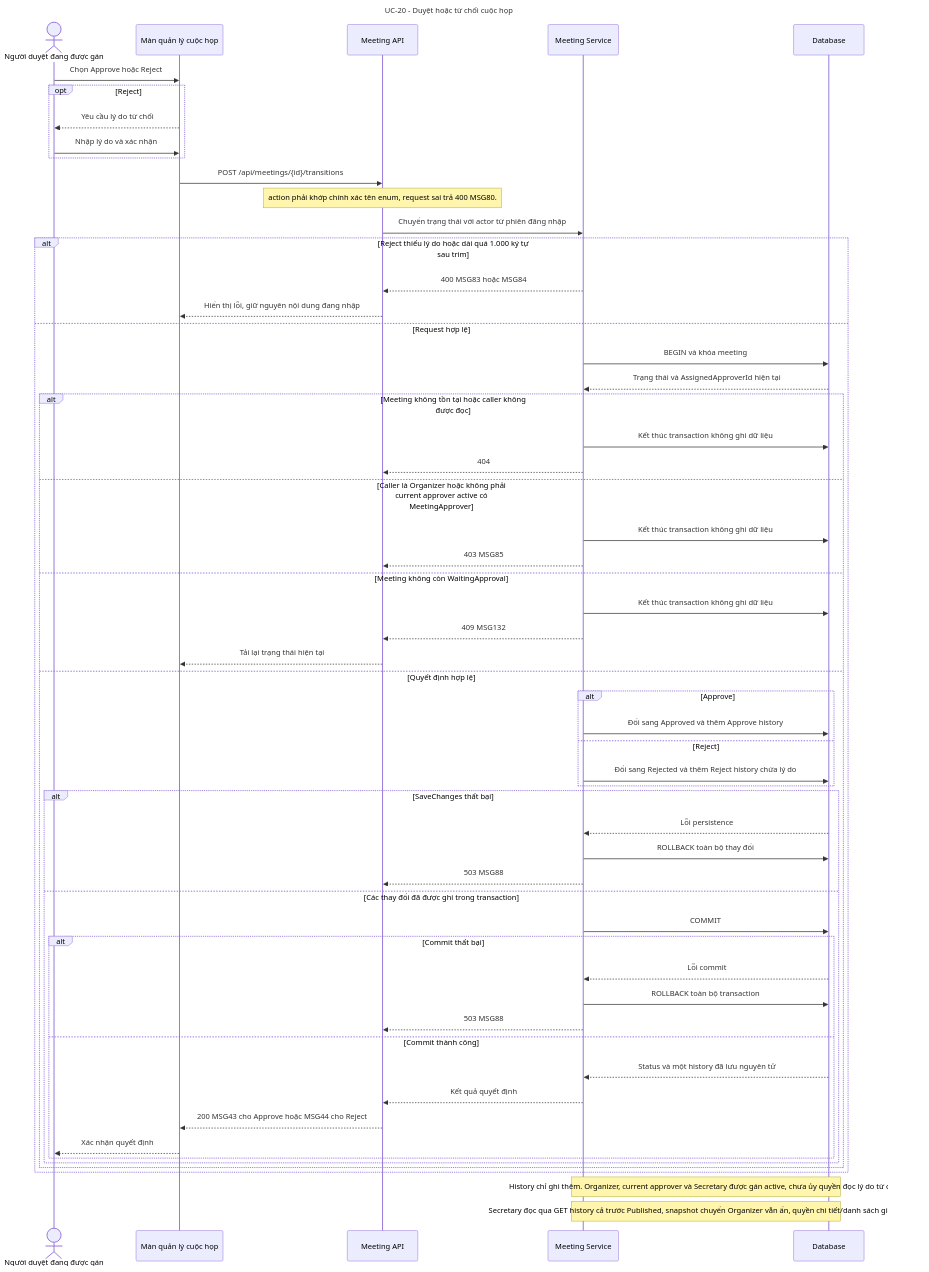
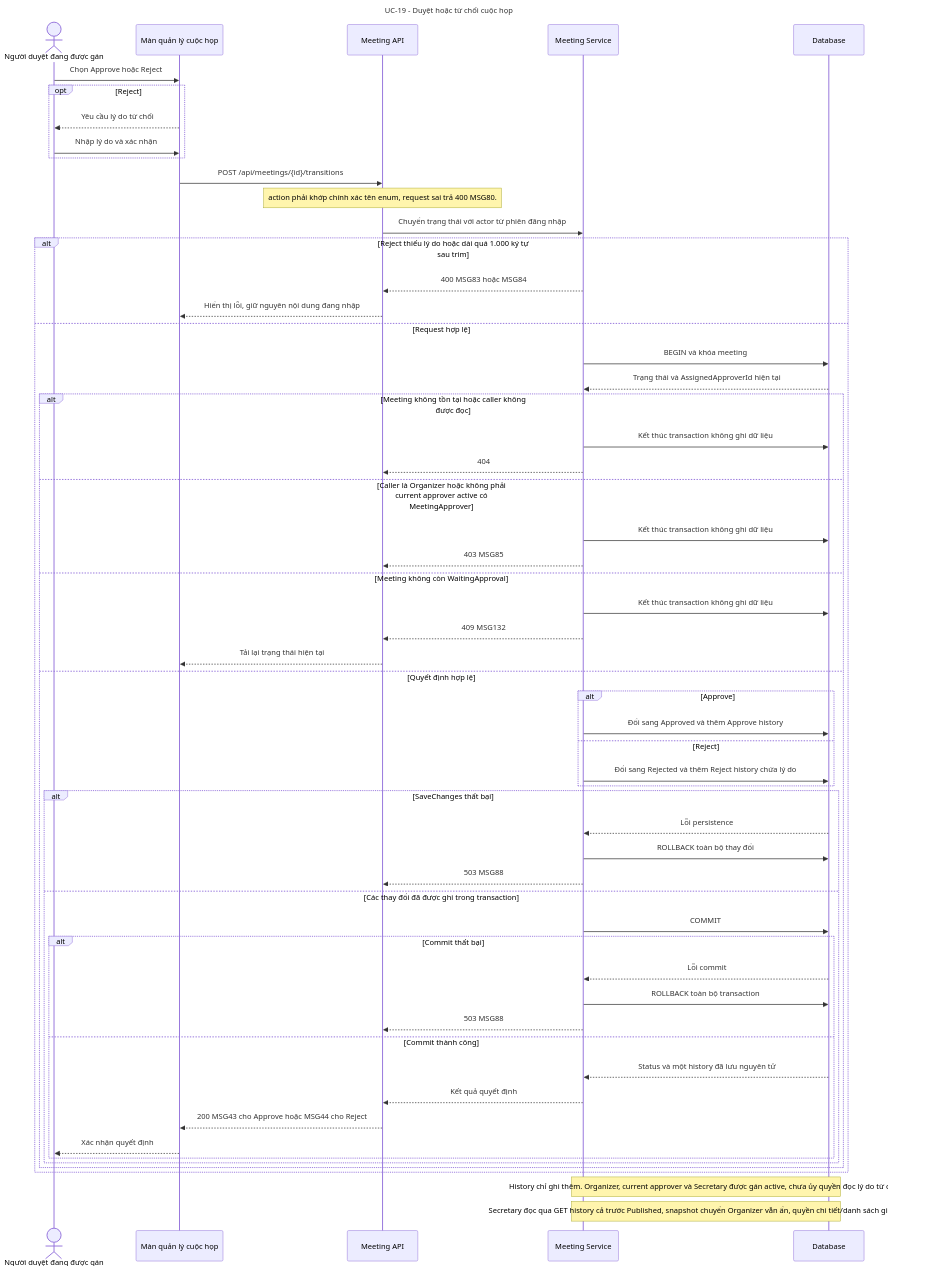
The diagram in docs/assets/diagrams/meeting-management/ReviewMeetingApproval.mmd (callmehai/FU-FA26-G116), drawn with Mermaid before and after one commit. The commit also changed 244 other files, not shown here.

```diff
--- a/docs/assets/diagrams/meeting-management/ReviewMeetingApproval.mmd
+++ b/docs/assets/diagrams/meeting-management/ReviewMeetingApproval.mmd
@@ -1,61 +1,61 @@
 sequenceDiagram
-    title UC-20 - Duyệt hoặc từ chối cuộc họp
+    title UC-19 - Duyệt hoặc từ chối cuộc họp
     actor Approver as Người duyệt đang được gán
     participant Page as Màn quản lý cuộc họp
     participant API as Meeting API
     participant Service as Meeting Service
     participant DB as Database
 
     Approver->>Page: Chọn Approve hoặc Reject
     opt Reject
         Page-->>Approver: Yêu cầu lý do từ chối
         Approver->>Page: Nhập lý do và xác nhận
     end
     Page->>API: POST /api/meetings/{id}/transitions
     Note over API: action phải khớp chính xác tên enum, request sai trả 400 MSG80.
     API->>Service: Chuyển trạng thái với actor từ phiên đăng nhập
 
     alt Reject thiếu lý do hoặc dài quá 1.000 ký tự sau trim
         Service-->>API: 400 MSG83 hoặc MSG84
         API-->>Page: Hiển thị lỗi, giữ nguyên nội dung đang nhập
     else Request hợp lệ
         Service->>DB: BEGIN và khóa meeting
         DB-->>Service: Trạng thái và AssignedApproverId hiện tại
         alt Meeting không tồn tại hoặc caller không được đọc
             Service->>DB: Kết thúc transaction không ghi dữ liệu
             Service-->>API: 404
         else Caller là Organizer hoặc không phải current approver active có MeetingApprover
             Service->>DB: Kết thúc transaction không ghi dữ liệu
             Service-->>API: 403 MSG85
         else Meeting không còn WaitingApproval
             Service->>DB: Kết thúc transaction không ghi dữ liệu
             Service-->>API: 409 MSG132
             API-->>Page: Tải lại trạng thái hiện tại
         else Quyết định hợp lệ
             alt Approve
                 Service->>DB: Đổi sang Approved và thêm Approve history
             else Reject
                 Service->>DB: Đổi sang Rejected và thêm Reject history chứa lý do
             end
             alt SaveChanges thất bại
                 DB-->>Service: Lỗi persistence
                 Service->>DB: ROLLBACK toàn bộ thay đổi
                 Service-->>API: 503 MSG88
             else Các thay đổi đã được ghi trong transaction
                 Service->>DB: COMMIT
                 alt Commit thất bại
                     DB-->>Service: Lỗi commit
                     Service->>DB: ROLLBACK toàn bộ transaction
                     Service-->>API: 503 MSG88
                 else Commit thành công
                     DB-->>Service: Status và một history đã lưu nguyên tử
                     Service-->>API: Kết quả quyết định
                     API-->>Page: 200 MSG43 cho Approve hoặc MSG44 cho Reject
                     Page-->>Approver: Xác nhận quyết định
                 end
             end
         end
     end
 
     Note over Service,DB: History chỉ ghi thêm. Organizer, current approver và Secretary được gán active, chưa ủy quyền đọc lý do từ chối.
     Note over Service,DB: Secretary đọc qua GET history cả trước Published, snapshot chuyển Organizer vẫn ẩn, quyền chi tiết/danh sách giữ nguyên.
```
